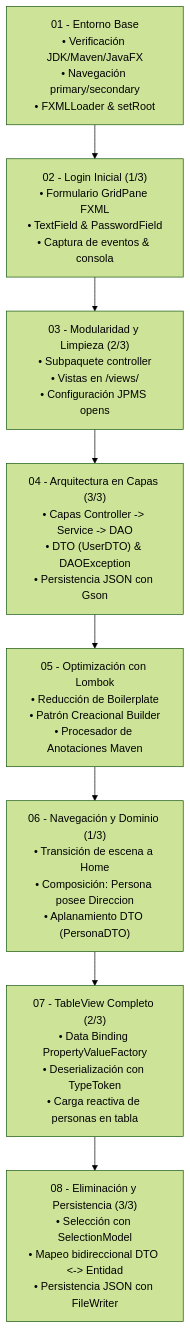
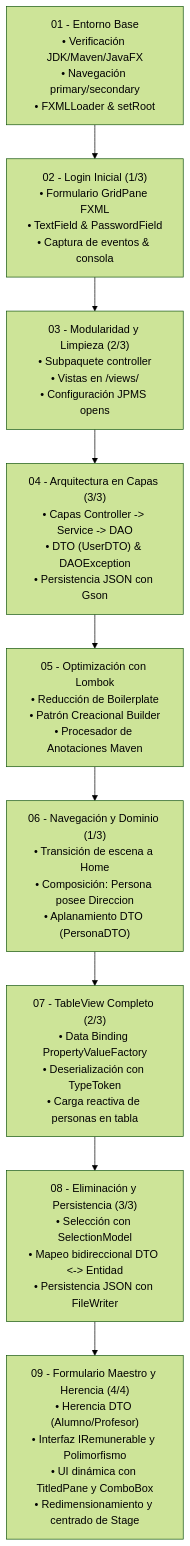
One commit to elprofecarreno/poo-javafx changed the first of 2 diagrams in README.md. Above: the diagram before and after it, drawn with Mermaid (forest theme). The commit also changed other lines of this file and 27 other files, not shown here.

````diff
--- a/README.md
+++ b/README.md
@@ -26,19 +26,21 @@
 ```mermaid
 flowchart TD
     P01["01 - Entorno Base\n• Verificación JDK/Maven/JavaFX\n• Navegación primary/secondary\n• FXMLLoader & setRoot"]
     P02["02 - Login Inicial (1/3)\n• Formulario GridPane FXML\n• TextField & PasswordField\n• Captura de eventos & consola"]
     P03["03 - Modularidad y Limpieza (2/3)\n• Subpaquete controller\n• Vistas en /views/\n• Configuración JPMS opens"]
     P04["04 - Arquitectura en Capas (3/3)\n• Capas Controller -> Service -> DAO\n• DTO (UserDTO) & DAOException\n• Persistencia JSON con Gson"]
     P05["05 - Optimización con Lombok\n• Reducción de Boilerplate\n• Patrón Creacional Builder\n• Procesador de Anotaciones Maven"]
     P06["06 - Navegación y Dominio (1/3)\n• Transición de escena a Home\n• Composición: Persona posee Direccion\n• Aplanamiento DTO (PersonaDTO)"]
     P07["07 - TableView Completo (2/3)\n• Data Binding PropertyValueFactory\n• Deserialización con TypeToken\n• Carga reactiva de personas en tabla"]
     P08["08 - Eliminación y Persistencia (3/3)\n• Selección con SelectionModel\n• Mapeo bidireccional DTO <-> Entidad\n• Persistencia JSON con FileWriter"]
+    P09["09 - Formulario Maestro y Herencia (4/4)\n• Herencia DTO (Alumno/Profesor)\n• Interfaz IRemunerable y Polimorfismo\n• UI dinámica con TitledPane y ComboBox\n• Redimensionamiento y centrado de Stage"]
 
     P01 --> P02
     P02 --> P03
     P03 --> P04
     P04 --> P05
     P05 --> P06
     P06 --> P07
     P07 --> P08
+    P08 --> P09
 ```
````
